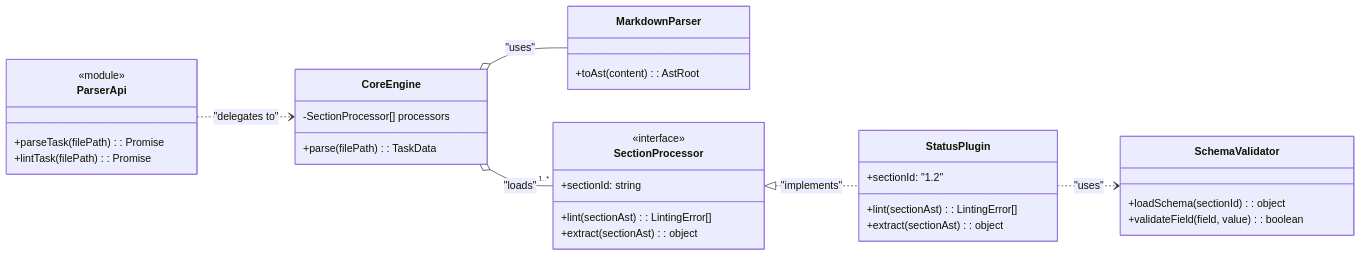
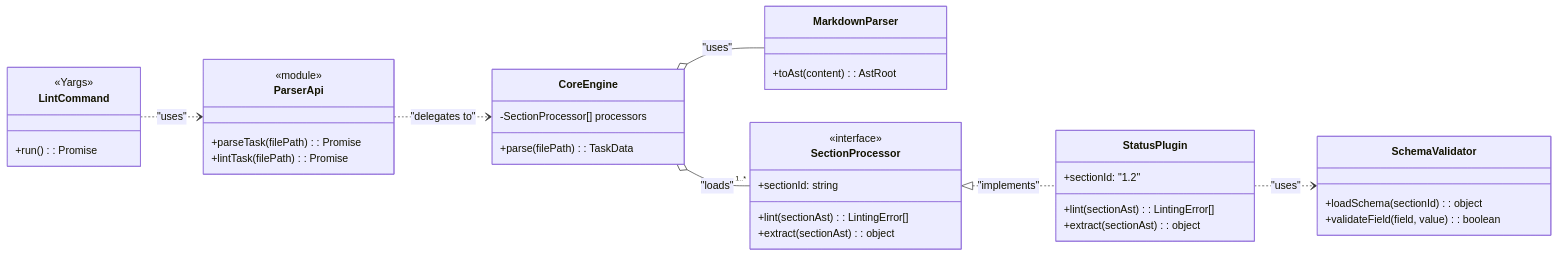
Before and after one commit to livelifelively/documentation-driven-development-tools: the fifth of 7 diagrams in docs/requirements/p1.p5-doc-parser.plan.md, drawn with Mermaid. The commit also changed other lines of this file, not shown here.

Commit message:
doc parser task

````diff
--- a/docs/requirements/p1.p5-doc-parser.plan.md
+++ b/docs/requirements/p1.p5-doc-parser.plan.md
@@ -215,43 +219,49 @@
 ```mermaid
 classDiagram
     direction LR
 
     class ParserApi {
         <<module>>
         +parseTask(filePath): Promise<TaskData>
         +lintTask(filePath): Promise<LintingError[]>
     }
 
     class CoreEngine {
         -SectionProcessor[] processors
         +parse(filePath): TaskData
     }
 
     class MarkdownParser {
         +toAst(content): AstRoot
     }
 
     class SectionProcessor {
         <<interface>>
         +sectionId: string
         +lint(sectionAst): LintingError[]
         +extract(sectionAst): object
     }
 
     class SchemaValidator {
         +loadSchema(sectionId): object
         +validateField(field, value): boolean
     }
 
     class StatusPlugin {
         +sectionId: "1.2"
         +lint(sectionAst): LintingError[]
         +extract(sectionAst): object
     }
 
+    class LintCommand {
+        <<Yargs>>
+        +run(): Promise<void>
+    }
+
     ParserApi ..> CoreEngine : "delegates to"
     CoreEngine o-- MarkdownParser : "uses"
     CoreEngine o-- "1..*" SectionProcessor : "loads"
     SectionProcessor <|.. StatusPlugin : "implements"
     StatusPlugin ..> SchemaValidator : "uses"
+    LintCommand ..> ParserApi : "uses"
 ```
````
